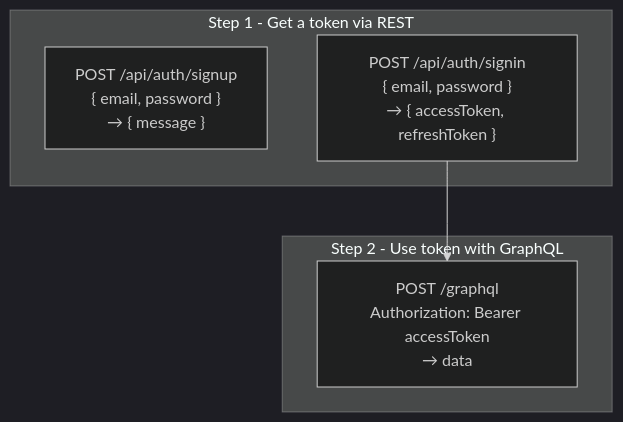
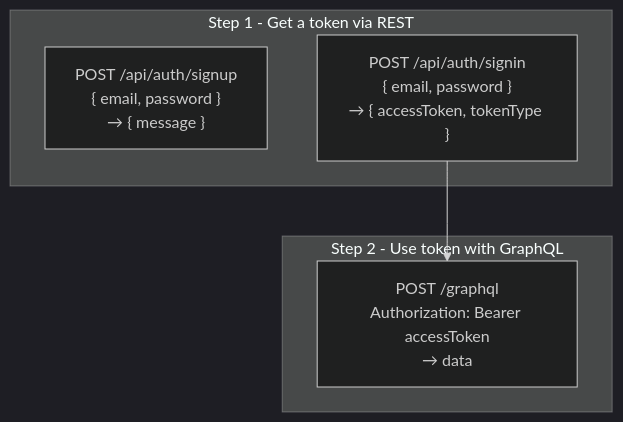
The first of 6 diagrams in docs/lessons/LESSON-6-authentication-and-security.md (dev-personal-projects/vela), drawn with Mermaid (dark theme) before and after one commit. The commit also changed other lines of this file and 7 other files, not shown here.

First line of the commit message:
✨ feat: enhance GraphQL queries with filtering options

````diff
--- a/docs/lessons/LESSON-6-authentication-and-security.md
+++ b/docs/lessons/LESSON-6-authentication-and-security.md
@@ -7,13 +7,13 @@
 ```mermaid
 flowchart TB
     subgraph Step 1 - Get a token via REST
         SIGNUP["POST /api/auth/signup\n{ email, password }\n→ { message }"]
-        SIGNIN["POST /api/auth/signin\n{ email, password }\n→ { accessToken, refreshToken }"]
+        SIGNIN["POST /api/auth/signin\n{ email, password }\n→ { accessToken, tokenType }"]
     end
 
     subgraph Step 2 - Use token with GraphQL
         GQL["POST /graphql\nAuthorization: Bearer accessToken\n→ data"]
     end
 
     SIGNIN --> GQL
 ```
````
